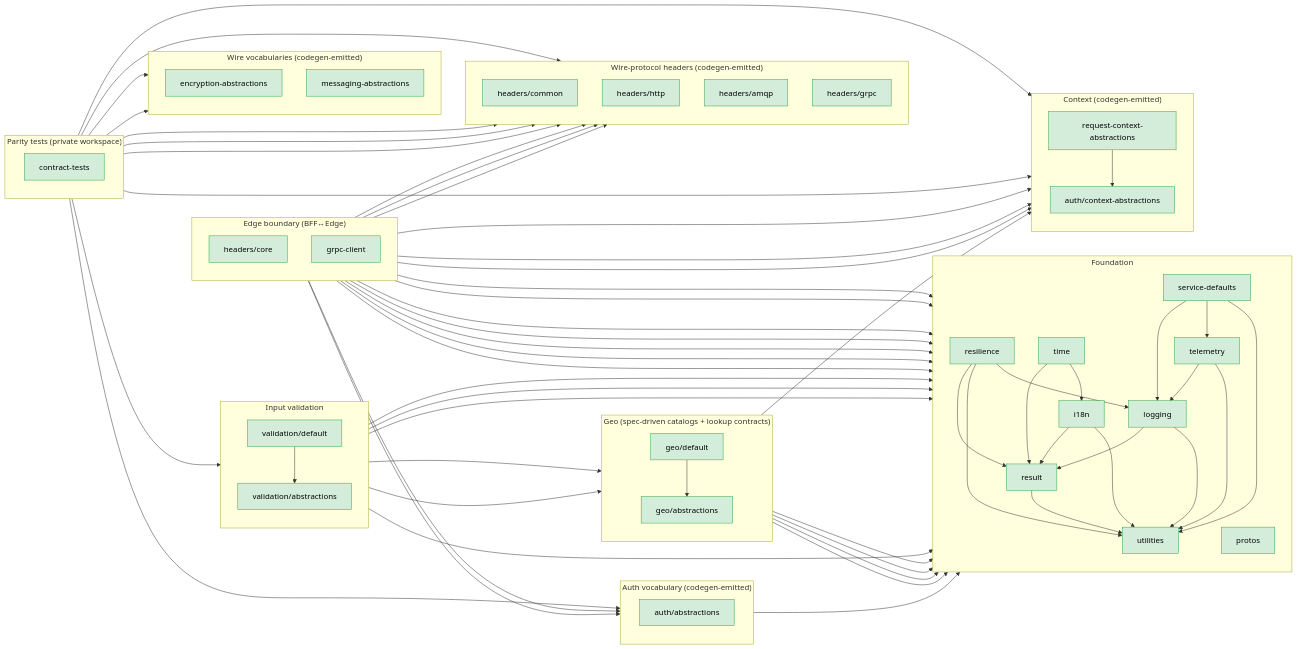
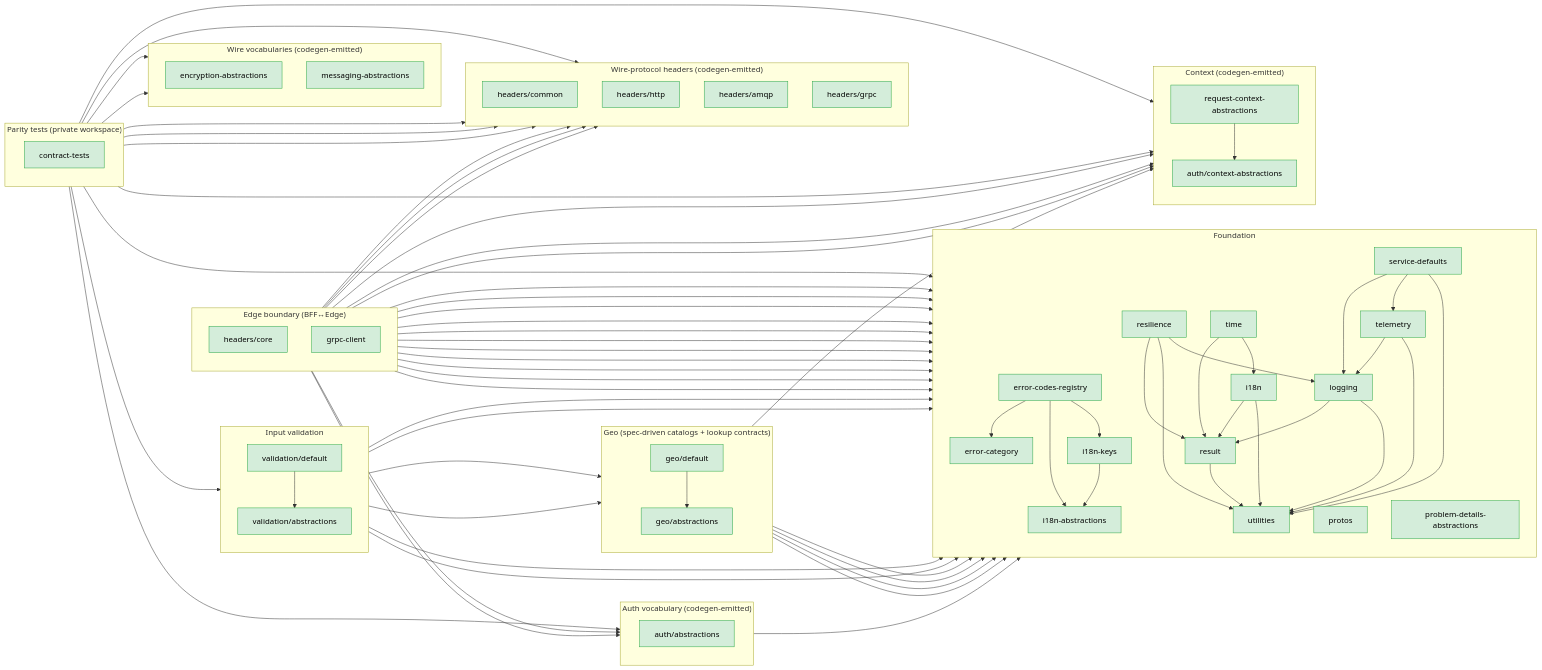
The diagram in server/shared/typescript/README.md (DSCV-io/D2-WORX), drawn with Mermaid before and after one commit. The commit also changed other lines of this file and 364 other files, not shown here.

````diff
--- a/server/shared/typescript/README.md
+++ b/server/shared/typescript/README.md
@@ -67,6 +72,16 @@
         ServiceDefaults[service-defaults]
         Protos[protos]
         Time[time]
+        ErrorCategory[error-category]
+        I18nAbs[i18n-abstractions]
+        I18nKeys[i18n-keys]
+        ErrorCodesRegistry[error-codes-registry]
+        ProblemDetailsAbs[problem-details-abstractions]
+
+        I18nKeys --> I18nAbs
+        ErrorCodesRegistry --> ErrorCategory
+        ErrorCodesRegistry --> I18nAbs
+        ErrorCodesRegistry --> I18nKeys
     end
 
     subgraph CTX["Context (codegen-emitted)"]
@@ -139,6 +154,7 @@
         Headers --> ReqCtxAbs
         Headers --> AuthAbs
         Headers --> HeadersCommon
+        Headers --> ProblemDetailsAbs
         Headers --> Utilities
 
         GrpcClient --> Result
@@ -150,6 +166,9 @@
         GrpcClient --> HeadersHttp
         GrpcClient --> AuthAbs
         GrpcClient --> Utilities
+        GrpcClient --> ErrorCategory
+        GrpcClient --> I18nAbs
+        GrpcClient --> I18nKeys
     end
 
     subgraph PARITY["Parity tests (private workspace)"]
@@ -164,6 +183,7 @@
         ContractTests --> HeadersAmqp
         ContractTests --> HeadersGrpc
         ContractTests --> EncryptionAbs
+        ContractTests --> ErrorCodesRegistry
         ContractTests --> MessagingAbs
         ContractTests --> ValidationAbs
     end
@@ -184,5 +204,5 @@
     ServiceDefaults --> Telemetry
     ServiceDefaults --> Utilities
 
-    class Result,Utilities,Resilience,I18n,Logging,Telemetry,ServiceDefaults,Protos,Time,AuthCtxAbs,ReqCtxAbs,AuthAbs,HeadersCommon,HeadersHttp,HeadersAmqp,HeadersGrpc,EncryptionAbs,MessagingAbs,Headers,GrpcClient,ContractTests,GeoAbs,GeoDefault,ValidationAbs,ValidationDefault built
+    class Result,Utilities,Resilience,I18n,Logging,Telemetry,ServiceDefaults,Protos,Time,ErrorCategory,I18nAbs,I18nKeys,ErrorCodesRegistry,ProblemDetailsAbs,AuthCtxAbs,ReqCtxAbs,AuthAbs,HeadersCommon,HeadersHttp,HeadersAmqp,HeadersGrpc,EncryptionAbs,MessagingAbs,Headers,GrpcClient,ContractTests,GeoAbs,GeoDefault,ValidationAbs,ValidationDefault built
 ```
````
